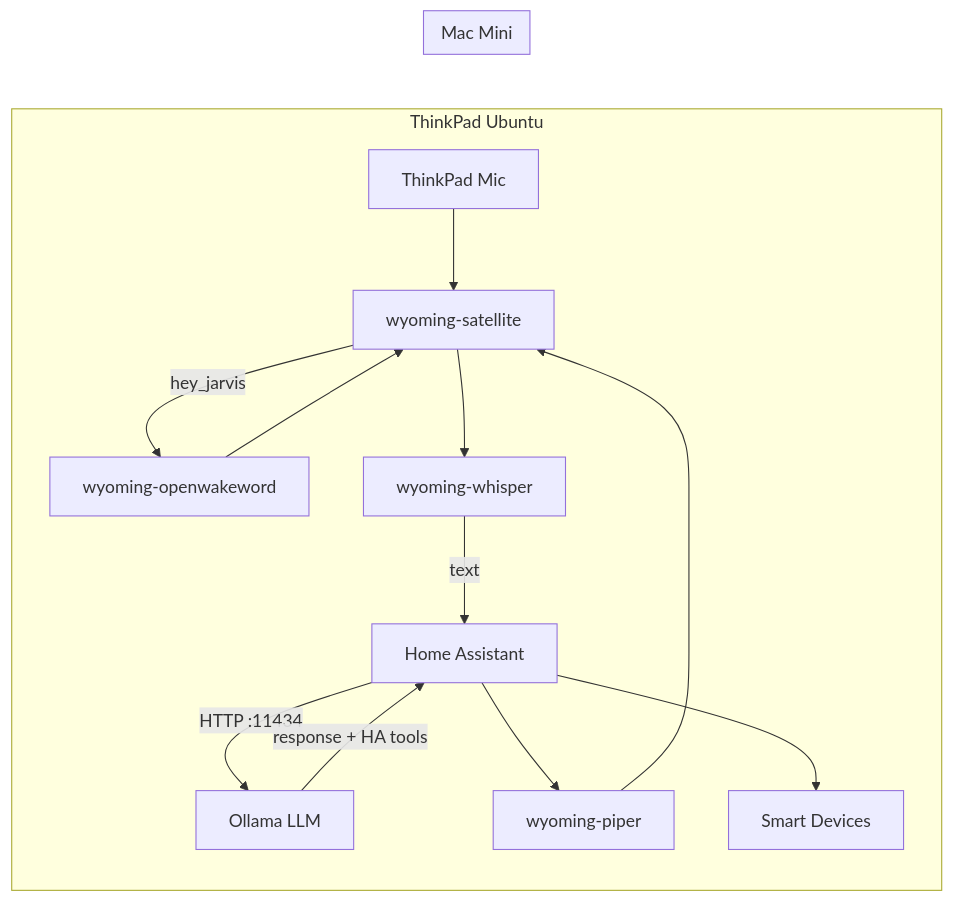
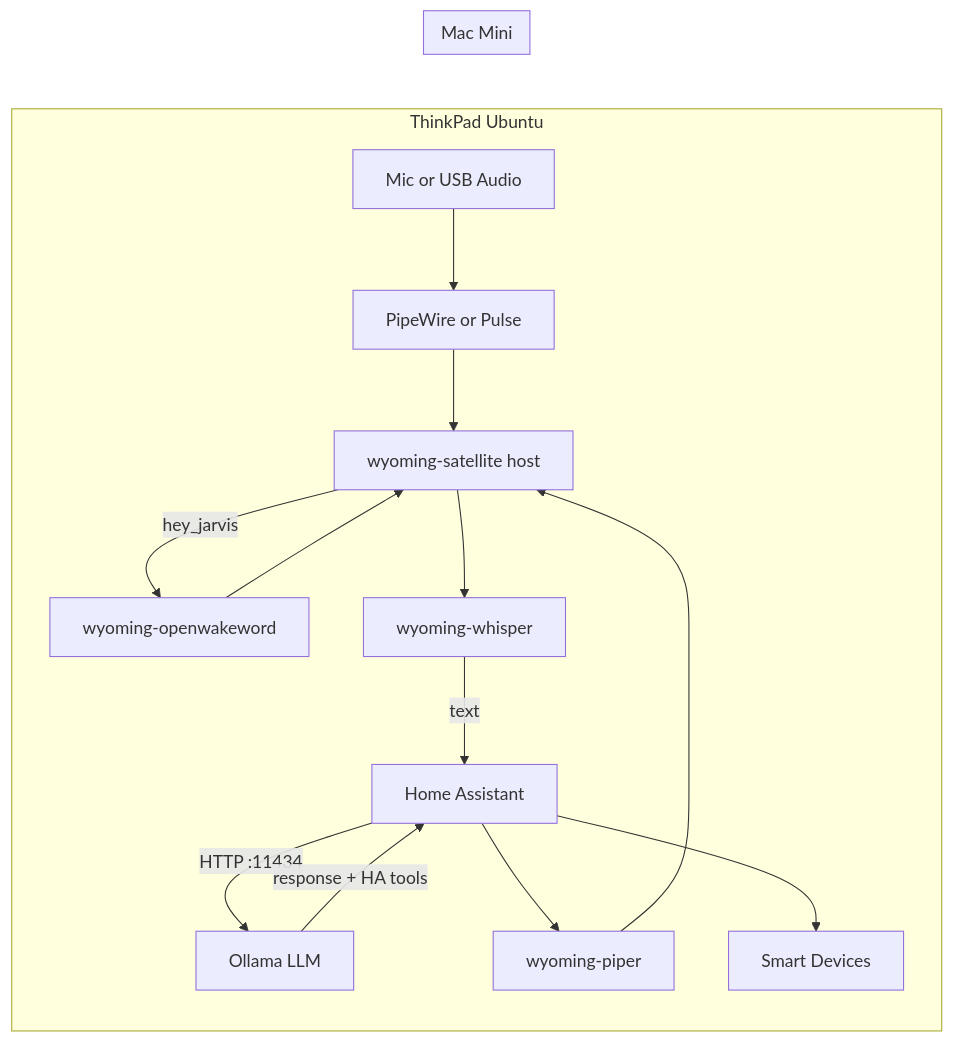
One commit to seiya0022/smart-home-assistant changed the diagram in README.md. Above: the diagram before and after it, drawn with Mermaid. The commit also changed other lines of this file and 9 other files, not shown here.

Commit message:
separates wyoming-satellite from Docker container to host machine

````diff
--- a/README.md
+++ b/README.md
@@ -7,24 +7,26 @@
 ```mermaid
 flowchart LR
   subgraph ubuntu [ThinkPad Ubuntu]
-    Mic[ThinkPad Mic]
-    Sat[wyoming-satellite]
+    Mic[Mic or USB Audio]
+    PW[PipeWire or Pulse]
+    Sat[wyoming-satellite host]
     Wake[wyoming-openwakeword]
     STT[wyoming-whisper]
     TTS[wyoming-piper]
     HA[Home Assistant]
-    Mic --> Sat
+    Mic --> PW
+    PW --> Sat
     Sat -->|"hey_jarvis"| Wake
     Wake --> Sat
     Sat --> STT
     STT -->|"text"| HA
     HA -->|"HTTP :11434"| Ollama
     Ollama -->|"response + HA tools"| HA
     HA --> TTS
     TTS --> Sat
     HA --> Devices[Smart Devices]
   end
   subgraph macmini [Mac Mini]
     Ollama[Ollama LLM]
   end
 ```
````
